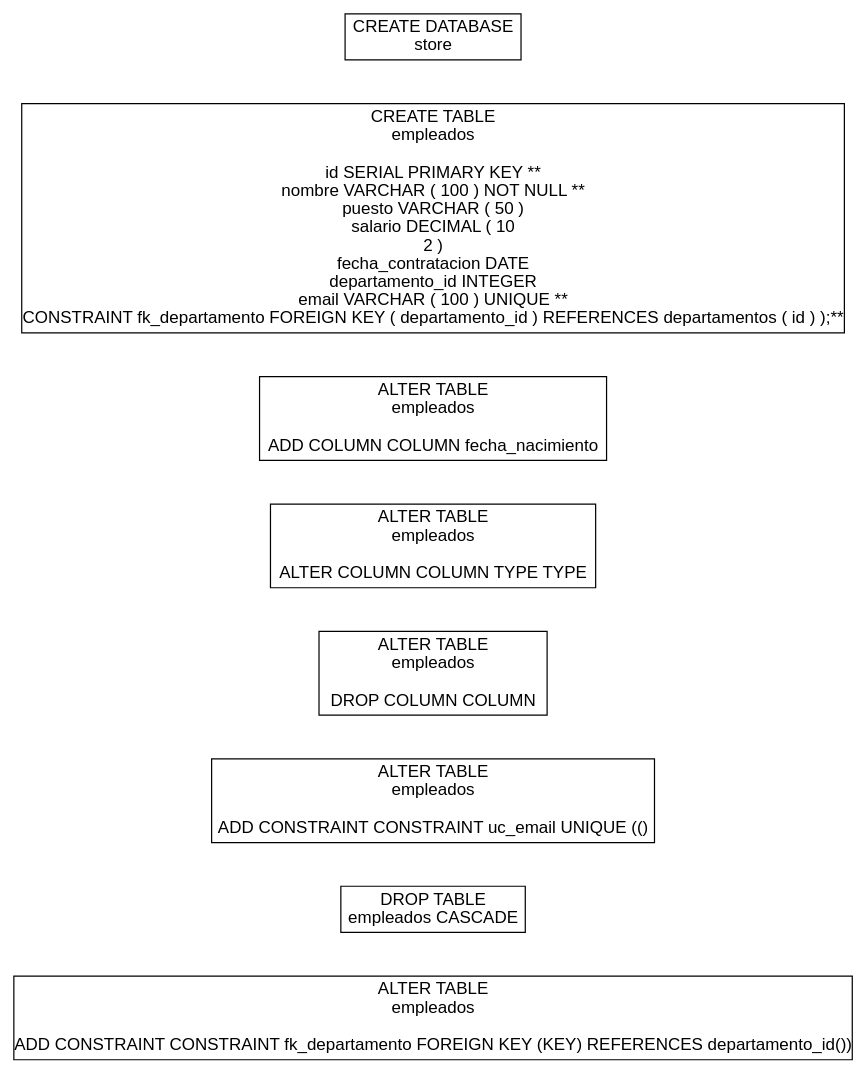
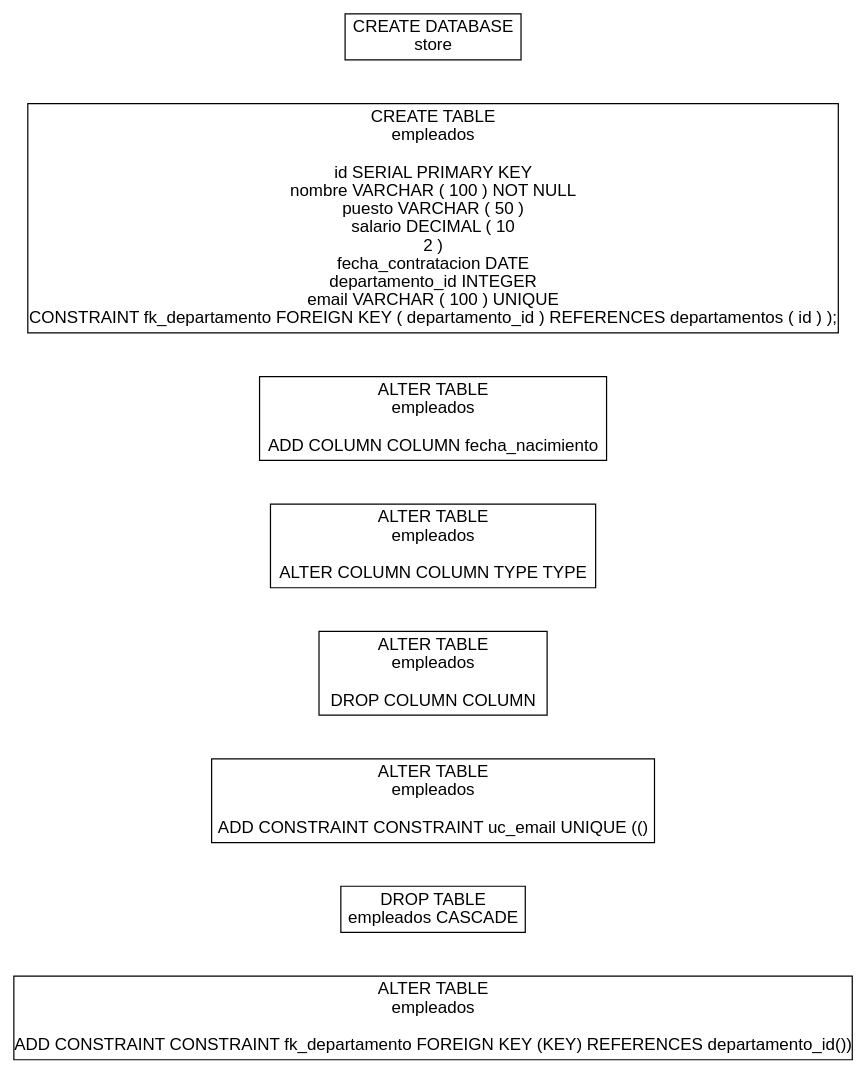
The diagram in ProyectoFinal/output.dot (JavierMeridaLk/ProyectoFinalLFP), drawn with Graphviz before and after one commit. The commit also changed 7 other files, not shown here.

```diff
--- a/ProyectoFinal/output.dot
+++ b/ProyectoFinal/output.dot
@@ -1,18 +1,18 @@
 digraph G {
     node [shape=box, fontname="Arial"];
     node1 [label="CREATE DATABASE\nstore"];
-    node2 [label="CREATE TABLE\nempleados\n\nid SERIAL PRIMARY KEY **\n nombre VARCHAR ( 100 ) NOT NULL **\n puesto VARCHAR ( 50 ) \n salario DECIMAL ( 10 \n 2 ) \n fecha_contratacion DATE \n departamento_id INTEGER \n email VARCHAR ( 100 ) UNIQUE **\n CONSTRAINT fk_departamento FOREIGN KEY ( departamento_id ) REFERENCES departamentos ( id ) );**\n"];
+    node2 [label="CREATE TABLE\nempleados\n\nid SERIAL PRIMARY KEY \n nombre VARCHAR ( 100 ) NOT NULL \n puesto VARCHAR ( 50 ) \n salario DECIMAL ( 10 \n 2 ) \n fecha_contratacion DATE \n departamento_id INTEGER \n email VARCHAR ( 100 ) UNIQUE \n CONSTRAINT fk_departamento FOREIGN KEY ( departamento_id ) REFERENCES departamentos ( id ) );\n"];
     node1 -> node2 [style=invis];
     node3 [label="ALTER TABLE\nempleados\n\n ADD COLUMN COLUMN fecha_nacimiento"];
     node2 -> node3 [style=invis];
     node4 [label="ALTER TABLE\nempleados\n\n ALTER COLUMN COLUMN TYPE TYPE"];
     node3 -> node4 [style=invis];
     node5 [label="ALTER TABLE\nempleados\n\n DROP COLUMN COLUMN"];
     node4 -> node5 [style=invis];
     node6 [label="ALTER TABLE\nempleados\n\n ADD CONSTRAINT CONSTRAINT uc_email UNIQUE (()"];
     node5 -> node6 [style=invis];
     node7 [label="DROP TABLE\nempleados CASCADE"];
     node6 -> node7 [style=invis];
     node8 [label="ALTER TABLE\nempleados\n\n ADD CONSTRAINT CONSTRAINT fk_departamento FOREIGN KEY (KEY) REFERENCES departamento_id())"];
     node7 -> node8 [style=invis];
 }
```
